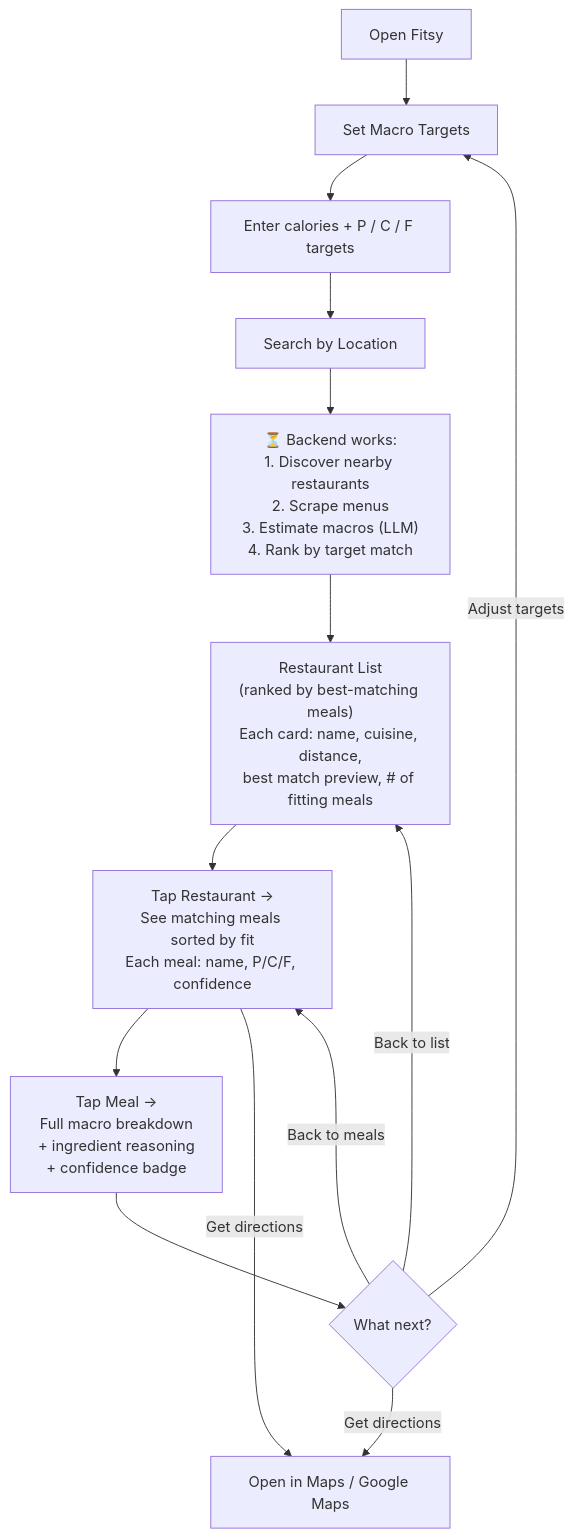
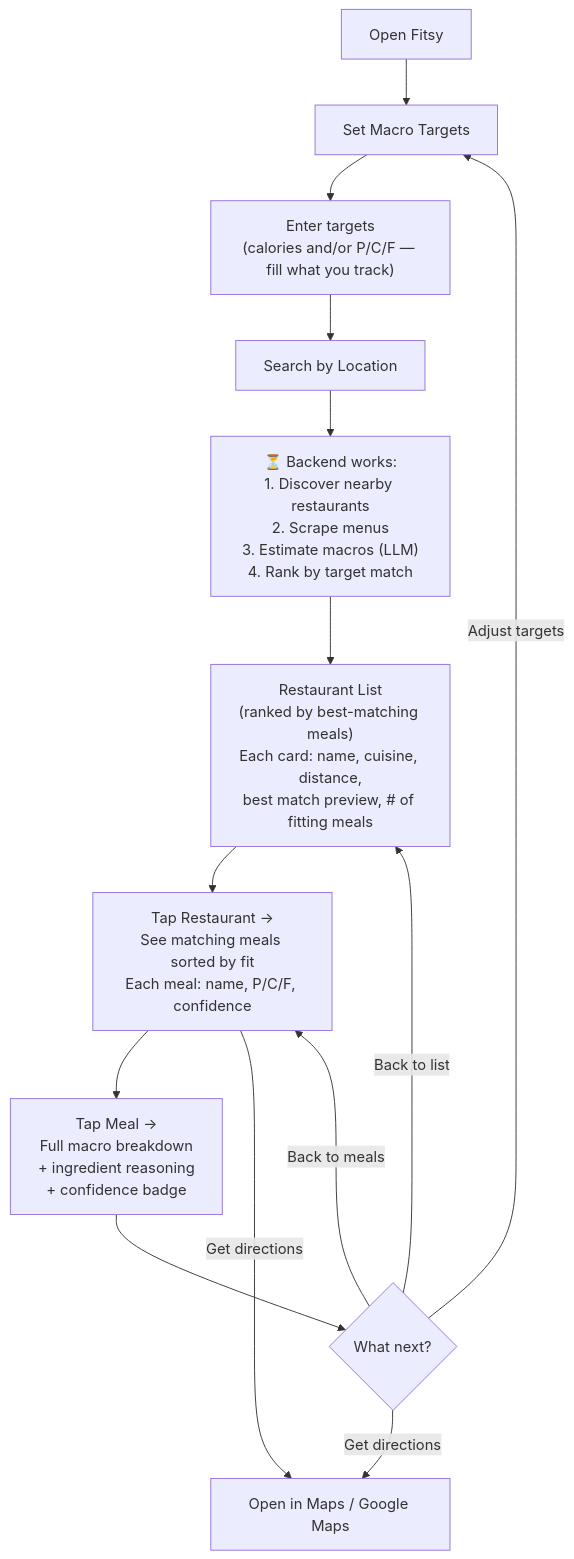
One commit to dgmolla/fitsy changed the first of 2 diagrams in docs/product/specs/vision-prd.md. Above: the diagram before and after it, drawn with Mermaid. The commit also changed other lines of this file and 1 other file, not shown here.

First line of the commit message:
Macro targets: calories and/or P/C/F, all optional

````diff
--- a/docs/product/specs/vision-prd.md
+++ b/docs/product/specs/vision-prd.md
@@ -96,22 +97,22 @@
 ```mermaid
 flowchart TD
     A[Open Fitsy] --> B[Set Macro Targets]
-    B --> C[Enter calories + P / C / F targets]
+    B --> C["Enter targets<br/>(calories and/or P/C/F — fill what you track)"]
     C --> D[Search by Location]
 
     D --> Loading["⏳ Backend works:<br/>1. Discover nearby restaurants<br/>2. Scrape menus<br/>3. Estimate macros (LLM)<br/>4. Rank by target match"]
 
     Loading --> List["Restaurant List<br/>(ranked by best-matching meals)<br/>Each card: name, cuisine, distance,<br/>best match preview, # of fitting meals"]
 
     List --> Restaurant["Tap Restaurant →<br/>See matching meals sorted by fit<br/>Each meal: name, P/C/F, confidence"]
 
     Restaurant --> Meal["Tap Meal →<br/>Full macro breakdown<br/>+ ingredient reasoning<br/>+ confidence badge"]
 
     Meal --> R{What next?}
     R -->|"Get directions"| Maps["Open in Maps / Google Maps"]
     R -->|"Back to meals"| Restaurant
     R -->|"Back to list"| List
     R -->|"Adjust targets"| B
 
     Restaurant -->|"Get directions"| Maps
 ```
````
